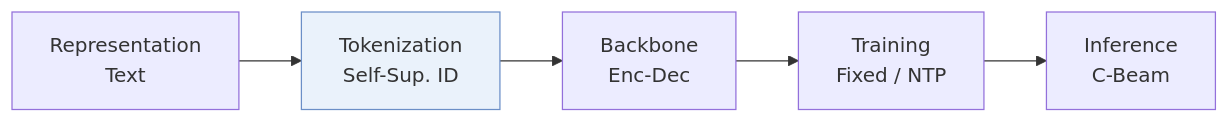
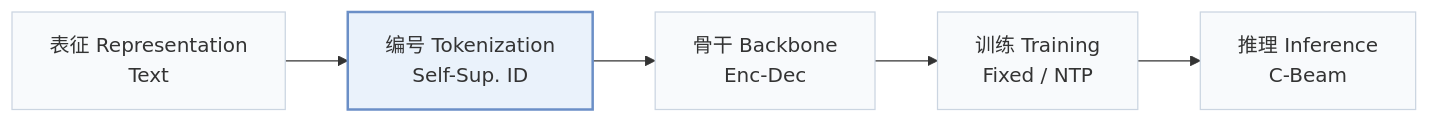
The first of 2 diagrams in pages/zh/papers/lmindexer.md (Galaxy-ghost/Awesome-SID-Generative-Rec), drawn with Mermaid before and after one commit. The commit also changed other lines of this file and 649 other files, not shown here.

Commit message:
writer-05: also tags and modality index (schema, check, build, visuals); summary field removed; calibration data for 12 papers

````diff
--- a/pages/zh/papers/lmindexer.md
+++ b/pages/zh/papers/lmindexer.md
@@ -13,6 +15,8 @@
 ```mermaid
 flowchart LR
-    R["Representation<br/>Text"] --> T["Tokenization<br/>Self-Sup. ID"] --> B["Backbone<br/>Enc-Dec"] --> TR["Training<br/>Fixed / NTP"] --> I["Inference<br/>C-Beam"]
-    classDef main fill:#eaf2fb,stroke:#6b8fc7
+    R["表征 Representation<br/>Text"] --> T["编号 Tokenization<br/>Self-Sup. ID"] --> B["骨干 Backbone<br/>Enc-Dec"] --> TR["训练 Training<br/>Fixed / NTP"] --> I["推理 Inference<br/>C-Beam"]
+    classDef base fill:#f8fafc,stroke:#cbd5e1
+    class R,T,B,TR,I base
+    classDef main fill:#eaf2fb,stroke:#6b8fc7,stroke-width:2px
     class T main
 ```
````
